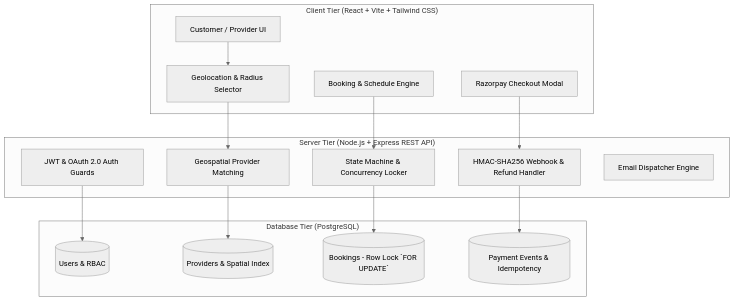
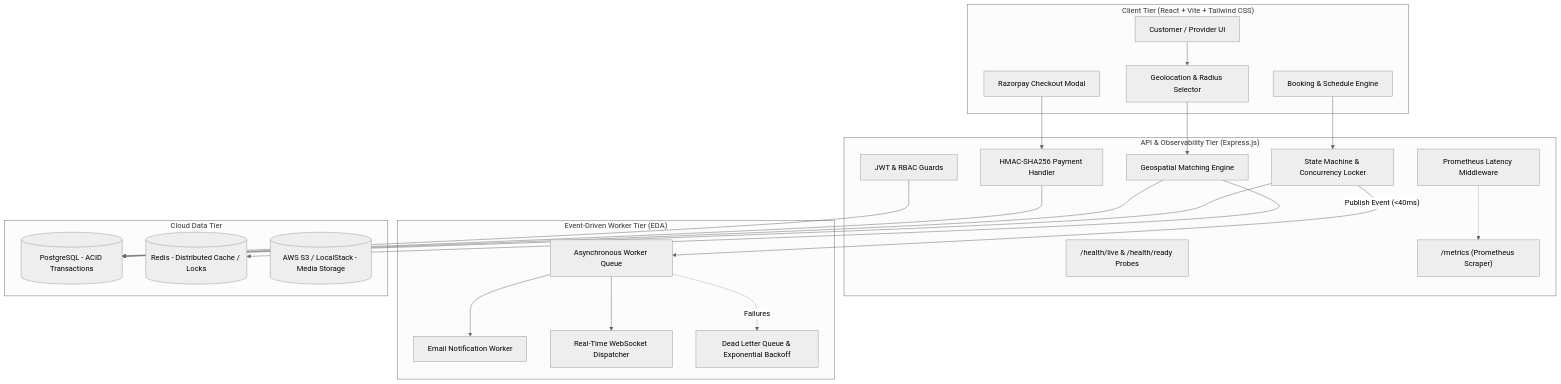
One commit to sanskriti49/service-provider changed the diagram in README.md. Above: the diagram before and after it, drawn with Mermaid (neutral theme). The commit also changed other lines of this file and 34 other files, not shown here.

Commit message:
feat: cloud-native event-driven queue, prometheus observability, completion OTP, and provider KYC verification

````diff
--- a/README.md
+++ b/README.md
@@ -15,34 +29,49 @@
 ```mermaid
 flowchart TD
     subgraph Client ["Client Tier (React + Vite + Tailwind CSS)"]
         UI[Customer / Provider UI]
         GeoLookup[Geolocation & Radius Selector]
         BookingFlow[Booking & Schedule Engine]
         PayModal[Razorpay Checkout Modal]
     end
 
-    subgraph API ["Server Tier (Node.js + Express REST API)"]
-        Auth[JWT & OAuth 2.0 Auth Guards]
-        GeoCtrl[Geospatial Provider Matching]
+    subgraph Gateway ["API & Observability Tier (Express.js)"]
+        MetricsMiddleware[Prometheus Latency Middleware]
+        Auth[JWT & RBAC Guards]
+        GeoCtrl[Geospatial Matching Engine]
         BookingCtrl[State Machine & Concurrency Locker]
-        PaymentCtrl[HMAC-SHA256 Webhook & Refund Handler]
-        Notifier[Email Dispatcher Engine]
+        PaymentCtrl[HMAC-SHA256 Payment Handler]
+        HealthProbes["/health/live & /health/ready Probes"]
+        MetricsEndpoint["/metrics (Prometheus Scraper)"]
     end
 
-    subgraph Storage ["Database Tier (PostgreSQL)"]
-        Users[(Users & RBAC)]
-        Providers[(Providers & Spatial Index)]
-        Bookings[(Bookings - Row Lock `FOR UPDATE`)]
-        Payments[(Payment Events & Idempotency)]
+    subgraph AsyncWorker ["Event-Driven Worker Tier (EDA)"]
+        EventQueue[Asynchronous Worker Queue]
+        EmailWorker[Email Notification Worker]
+        SocketWorker[Real-Time WebSocket Dispatcher]
+        DLQ[Dead Letter Queue & Exponential Backoff]
+    end
+
+    subgraph Storage ["Cloud Data Tier"]
+        DB[(PostgreSQL - ACID Transactions)]
+        RedisCache[(Redis - Distributed Cache / Locks)]
+        S3Storage[(AWS S3 / LocalStack - Media Storage)]
     end
 
     UI --> GeoLookup
     GeoLookup --> GeoCtrl
     BookingFlow --> BookingCtrl
     PayModal --> PaymentCtrl
 
-    GeoCtrl --> Providers
-    BookingCtrl --> Bookings
-    PaymentCtrl --> Payments
-    Auth --> Users
+    MetricsMiddleware -.-> MetricsEndpoint
+    BookingCtrl --> DB
+    BookingCtrl -- "Publish Event (<40ms)" --> EventQueue
+    EventQueue --> EmailWorker
+    EventQueue --> SocketWorker
+    EventQueue -. Failures .-> DLQ
+
+    GeoCtrl --> RedisCache
+    GeoCtrl --> DB
+    PaymentCtrl --> DB
+    Auth --> DB
 ```
````
